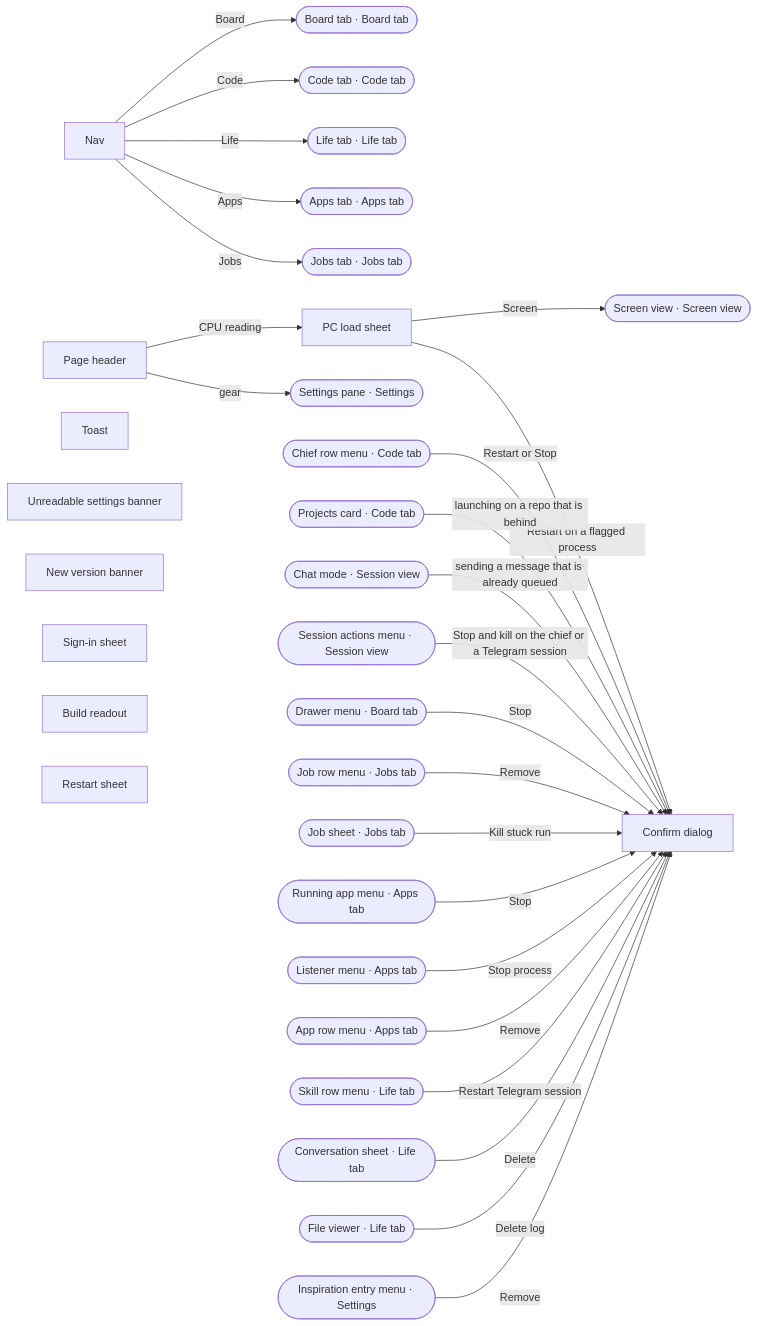
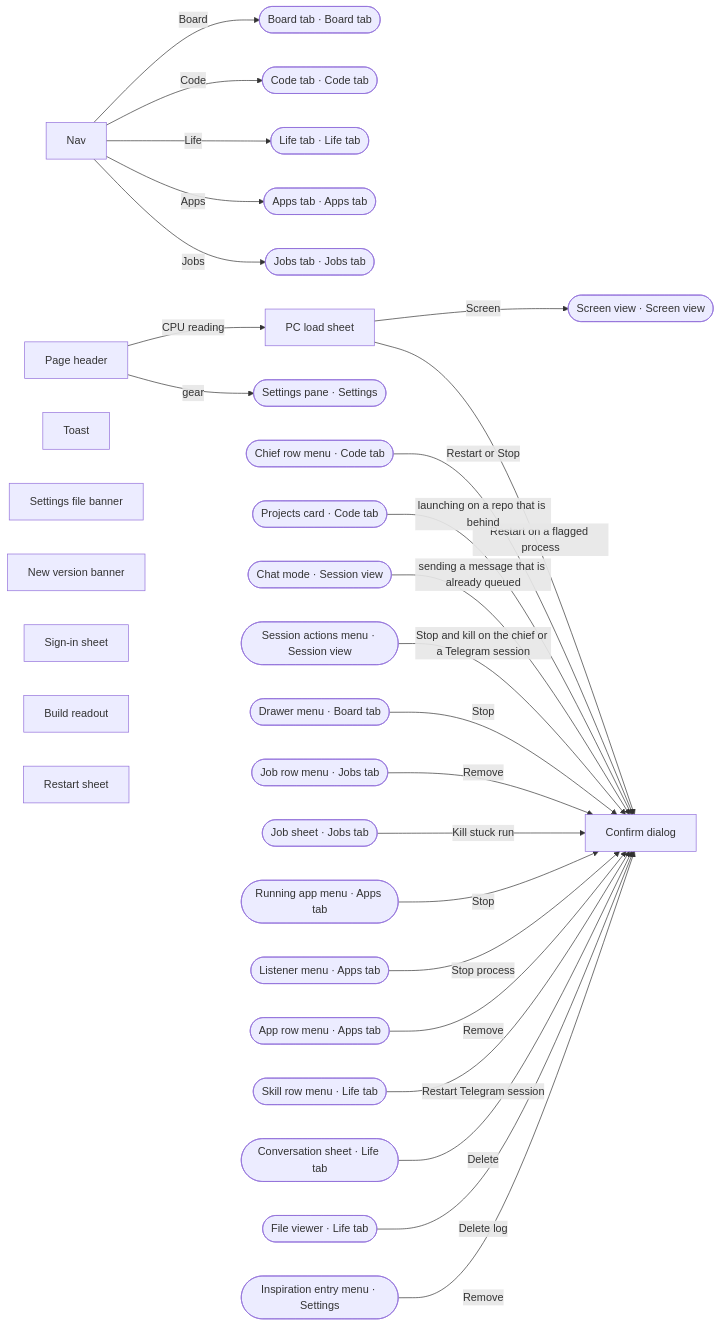
Before and after one commit to ferraroroberto/app-launcher: the first of 10 diagrams in docs/ux-surface-map.md, drawn with Mermaid. The commit also changed other lines of this file and 10 other files, not shown here.

````diff
--- a/docs/ux-surface-map.md
+++ b/docs/ux-surface-map.md
@@ -52,57 +52,57 @@
 ```mermaid
 flowchart LR
   s0["Nav"]
   s1["Page header"]
   s2["PC load sheet"]
   s3["Confirm dialog"]
   s4["Toast"]
-  s5["Unreadable settings banner"]
+  s5["Settings file banner"]
   s6["New version banner"]
   s7["Sign-in sheet"]
   s8["Build readout"]
   s9["Restart sheet"]
   s50(["Board tab · Board tab"])
   s10(["Code tab · Code tab"])
   s92(["Life tab · Life tab"])
   s79(["Apps tab · Apps tab"])
   s68(["Jobs tab · Jobs tab"])
   s106(["Settings pane · Settings"])
   s45(["Screen view · Screen view"])
   s17(["Chief row menu · Code tab"])
   s19(["Projects card · Code tab"])
   s29(["Chat mode · Session view"])
   s30(["Session actions menu · Session view"])
   s67(["Drawer menu · Board tab"])
   s74(["Job row menu · Jobs tab"])
   s76(["Job sheet · Jobs tab"])
   s81(["Running app menu · Apps tab"])
   s84(["Listener menu · Apps tab"])
   s86(["App row menu · Apps tab"])
   s95(["Skill row menu · Life tab"])
   s99(["Conversation sheet · Life tab"])
   s104(["File viewer · Life tab"])
   s119(["Inspiration entry menu · Settings"])
   s0 -->|"Board"| s50
   s0 -->|"Code"| s10
   s0 -->|"Life"| s92
   s0 -->|"Apps"| s79
   s0 -->|"Jobs"| s68
   s1 -->|"CPU reading"| s2
   s1 -->|"gear"| s106
   s2 -->|"Screen"| s45
   s2 -->|"Restart on a flagged process"| s3
   s17 -->|"Restart or Stop"| s3
   s19 -->|"launching on a repo that is behind"| s3
   s29 -->|"sending a message that is already queued"| s3
   s30 -->|"Stop and kill on the chief or a Telegram session"| s3
   s67 -->|"Stop"| s3
   s74 -->|"Remove"| s3
   s76 -->|"Kill stuck run"| s3
   s81 -->|"Stop"| s3
   s84 -->|"Stop process"| s3
   s86 -->|"Remove"| s3
   s95 -->|"Restart Telegram session"| s3
   s99 -->|"Delete"| s3
   s104 -->|"Delete log"| s3
   s119 -->|"Remove"| s3
 ```
````
